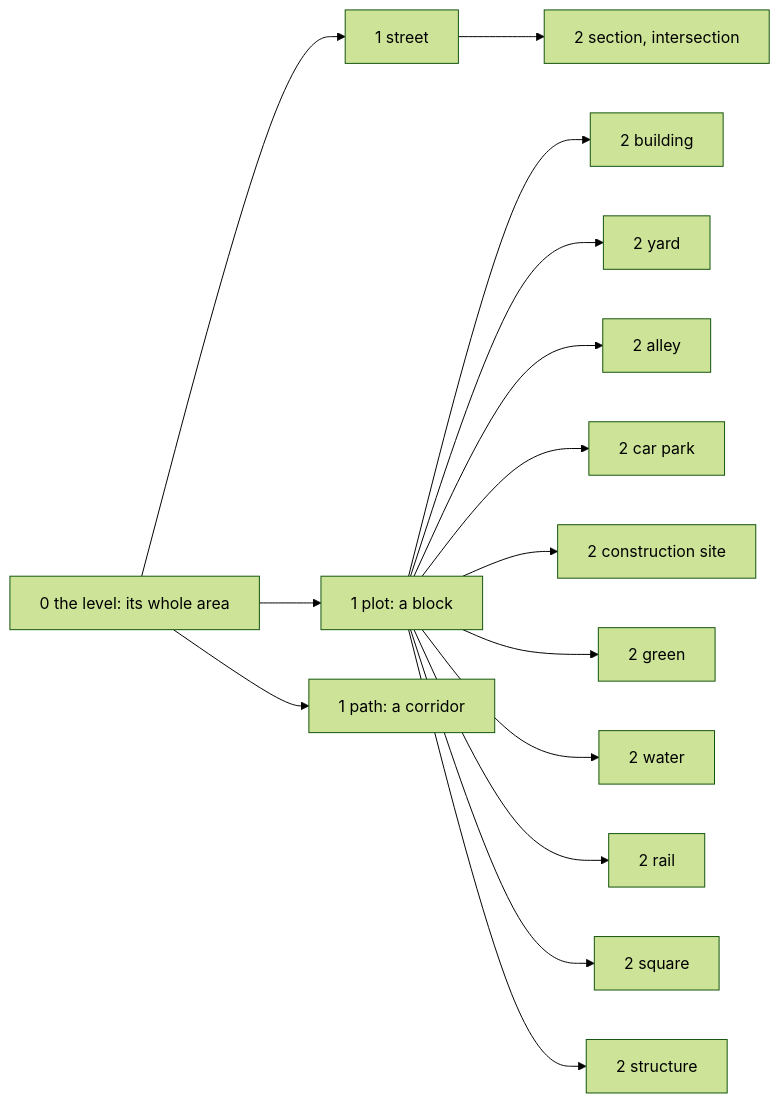
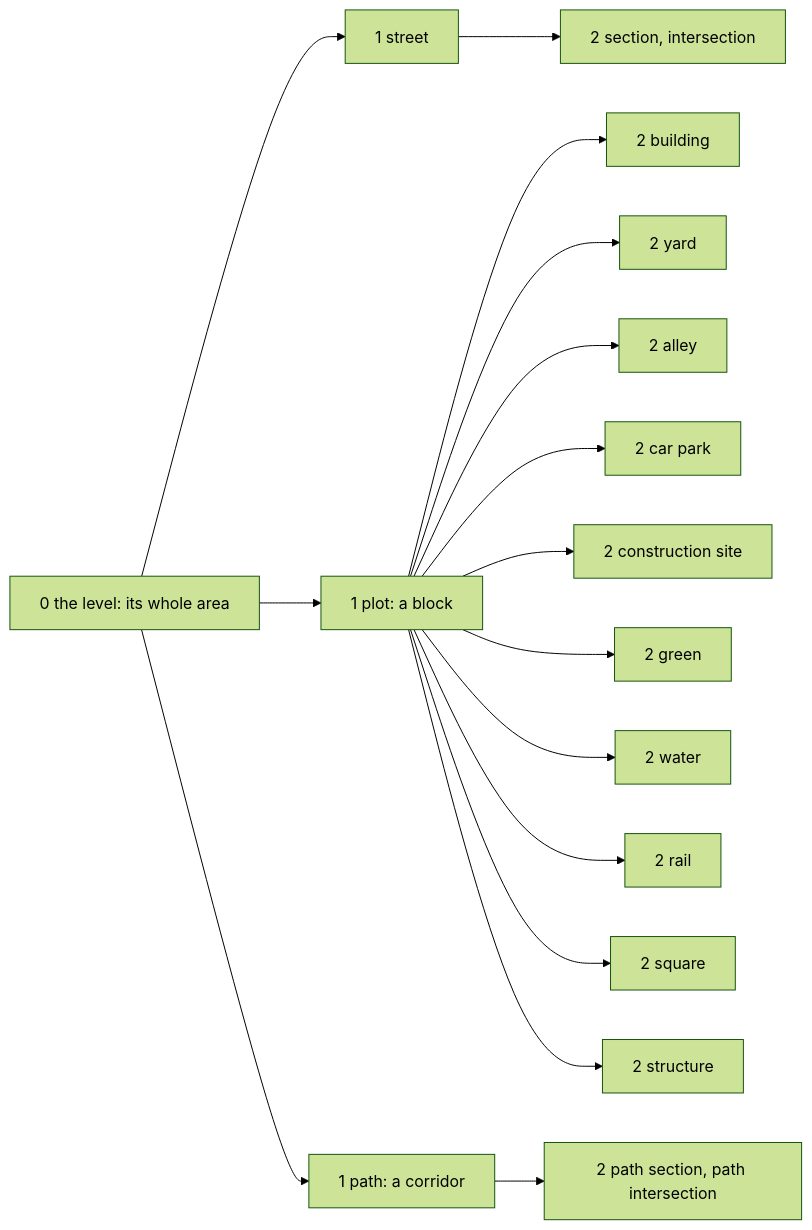
Before and after one commit to Khoshkhah/urbanstyle: the first of 2 diagrams in docs/design/model.md, drawn with Mermaid (forest theme). The commit also changed other lines of this file and 3 other files, not shown here.

````diff
--- a/docs/design/model.md
+++ b/docs/design/model.md
@@ -24,17 +23,18 @@
 ```mermaid
 flowchart LR
     L0[0 the level: its whole area] --> K1[1 street]
     L0 --> K2[1 plot: a block]
     L0 --> K3[1 path: a corridor]
     K1 --> S2[2 section, intersection]
     K2 --> B1[2 building]
     K2 --> B2[2 yard]
     K2 --> B3[2 alley]
     K2 --> B4[2 car park]
     K2 --> B5[2 construction site]
     K2 --> B6[2 green]
     K2 --> B7[2 water]
     K2 --> B8[2 rail]
     K2 --> B9[2 square]
     K2 --> B10[2 structure]
+    K3 --> P2[2 path section, path intersection]
 ```
````
